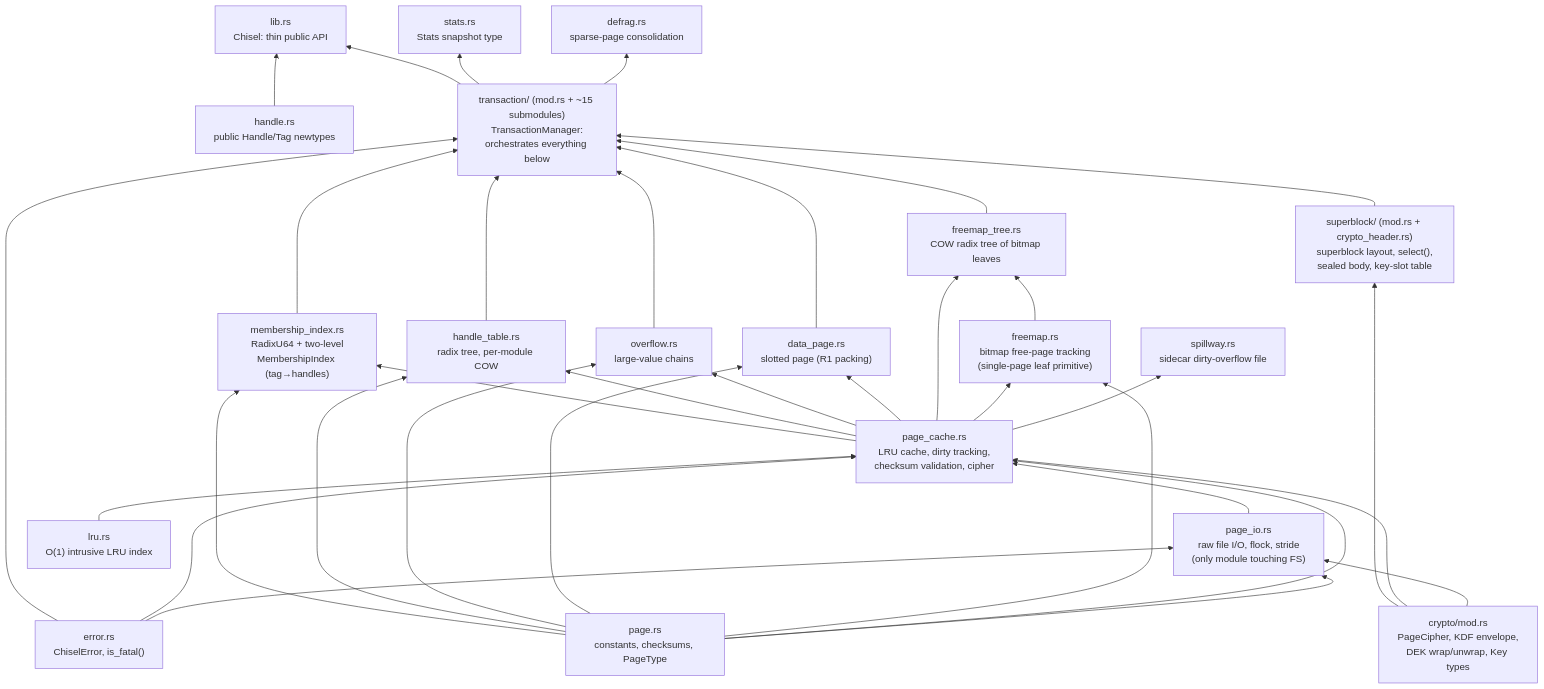
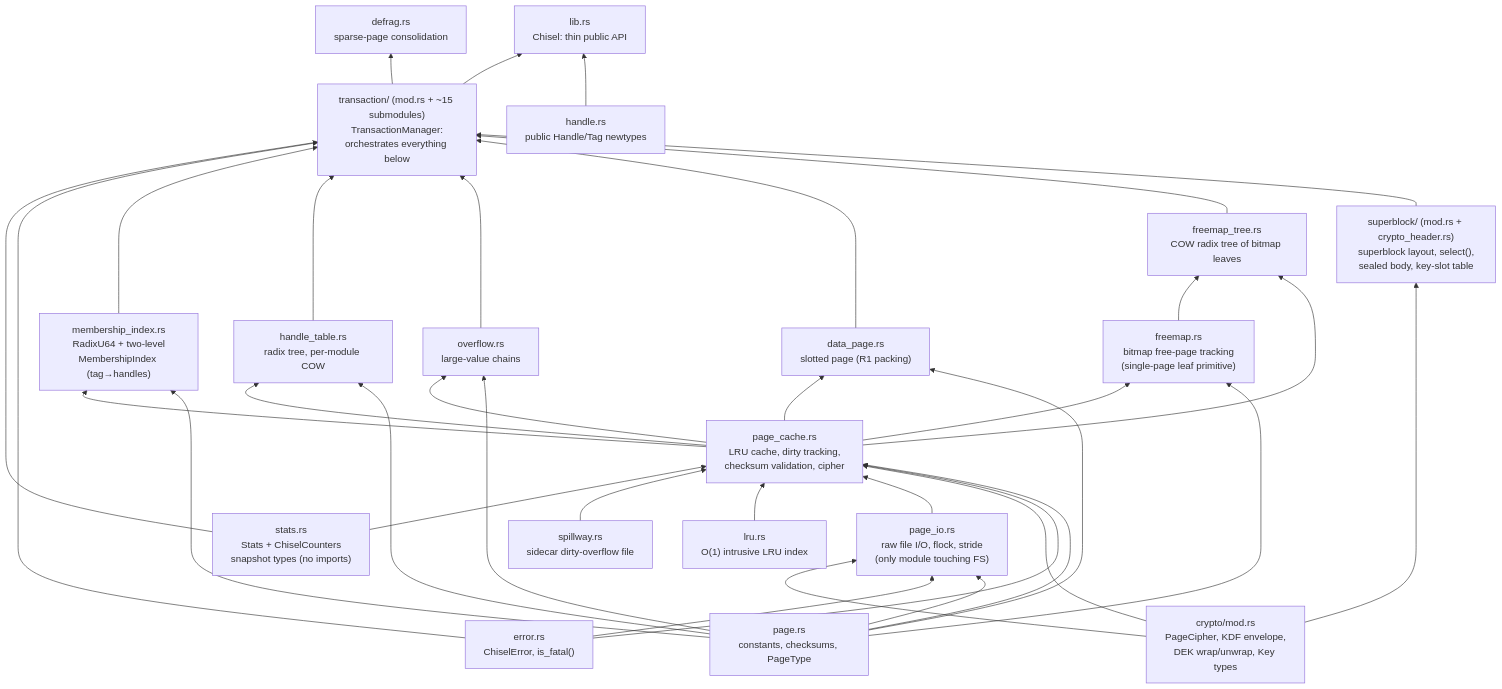
One commit to pgexperts/chisel changed the first of 4 diagrams in ARCHITECTURE.md. Above: the diagram before and after it, drawn with Mermaid. The commit also changed other lines of this file and 3 other files, not shown here.

````diff
--- a/ARCHITECTURE.md
+++ b/ARCHITECTURE.md
@@ -54,56 +64,57 @@
 ```mermaid
 flowchart BT
     page["page.rs<br/>constants, checksums, PageType"]
     error["error.rs<br/>ChiselError, is_fatal()"]
     handle["handle.rs<br/>public Handle/Tag newtypes"]
     crypto["crypto/mod.rs<br/>PageCipher, KDF envelope,<br/>DEK wrap/unwrap, Key types"]
     superblock["superblock/ (mod.rs + crypto_header.rs)<br/>superblock layout, select(),<br/>sealed body, key-slot table"]
     page_io["page_io.rs<br/>raw file I/O, flock, stride<br/>(only module touching FS)"]
     lru["lru.rs<br/>O(1) intrusive LRU index"]
     page_cache["page_cache.rs<br/>LRU cache, dirty tracking,<br/>checksum validation, cipher"]
     spillway["spillway.rs<br/>sidecar dirty-overflow file"]
     freemap["freemap.rs<br/>bitmap free-page tracking<br/>(single-page leaf primitive)"]
     freemap_tree["freemap_tree.rs<br/>COW radix tree of bitmap leaves"]
     data_page["data_page.rs<br/>slotted page (R1 packing)"]
     overflow["overflow.rs<br/>large-value chains"]
     handle_table["handle_table.rs<br/>radix tree, per-module COW"]
     membership_index["membership_index.rs<br/>RadixU64 + two-level<br/>MembershipIndex (tag→handles)"]
     transaction["transaction/ (mod.rs + ~15 submodules)<br/>TransactionManager:<br/>orchestrates everything below"]
     defrag["defrag.rs<br/>sparse-page consolidation"]
-    stats["stats.rs<br/>Stats snapshot type"]
+    stats["stats.rs<br/>Stats + ChiselCounters<br/>snapshot types (no imports)"]
     lib["lib.rs<br/>Chisel: thin public API"]
 
     page --> page_io
     error --> page_io
     crypto --> page_io
     page --> page_cache
     error --> page_cache
     crypto --> page_cache
     page_io --> page_cache
     lru --> page_cache
-    page_cache --> spillway
+    spillway --> page_cache
     crypto --> superblock
     page --> freemap
     page --> data_page
     page --> overflow
     page --> handle_table
     page --> membership_index
     page_cache --> freemap
     page_cache --> freemap_tree
     page_cache --> data_page
     page_cache --> overflow
     page_cache --> handle_table
     page_cache --> membership_index
     superblock --> transaction
     freemap --> freemap_tree
     freemap_tree --> transaction
     data_page --> transaction
     overflow --> transaction
     handle_table --> transaction
     membership_index --> transaction
     error --> transaction
     transaction --> defrag
-    transaction --> stats
+    stats --> page_cache
+    stats --> transaction
     handle --> lib
     transaction --> lib
 ```
````
